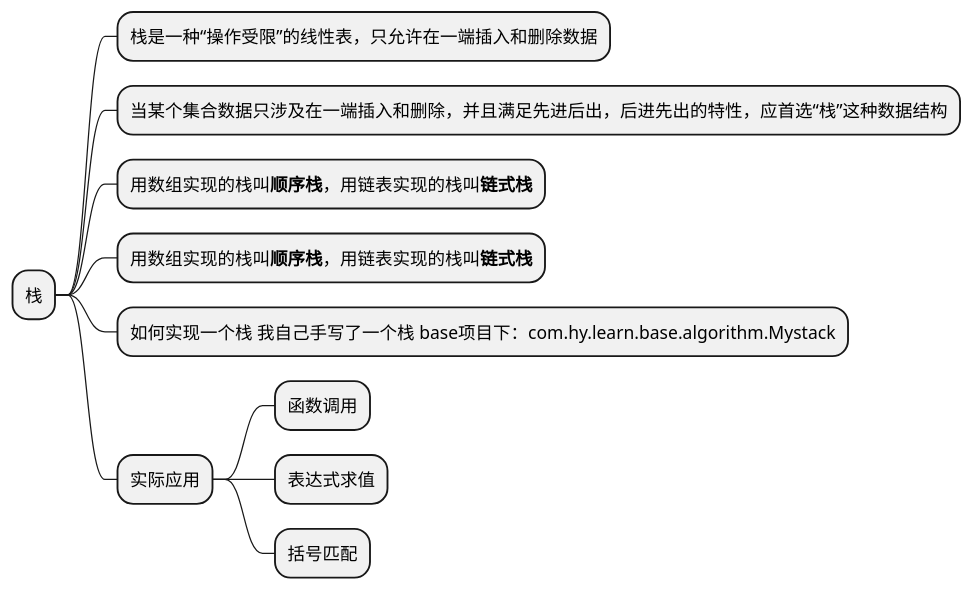
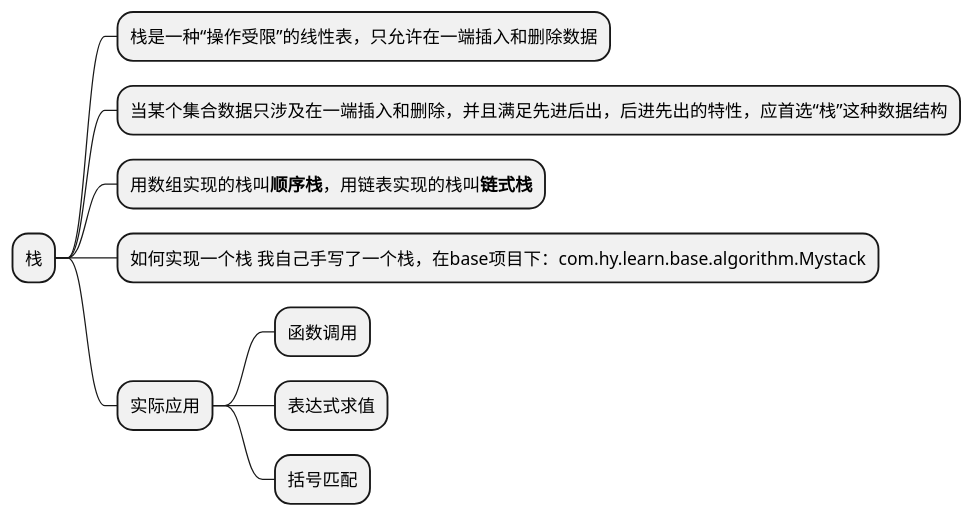
Before and after one commit to honins/java-learn: the diagram in doc/uml/08栈.puml, drawn with PlantUML. The commit also changed 3 other files, not shown here.

```diff
--- a/doc/uml/08栈.puml
+++ b/doc/uml/08栈.puml
@@ -1,13 +1,12 @@
 @startmindmap
 
 * 栈
 ** 栈是一种“操作受限”的线性表，只允许在一端插入和删除数据
 ** 当某个集合数据只涉及在一端插入和删除，并且满足先进后出，后进先出的特性，应首选“栈”这种数据结构
 ** 用数组实现的栈叫<b>顺序栈</b>，用链表实现的栈叫**链式栈**
-** 用数组实现的栈叫<b>顺序栈</b>，用链表实现的栈叫**链式栈**
-** 如何实现一个栈 我自己手写了一个栈 base项目下：com.hy.learn.base.algorithm.Mystack
+** 如何实现一个栈 我自己手写了一个栈，在base项目下：com.hy.learn.base.algorithm.Mystack
 ** 实际应用
 *** 函数调用
 *** 表达式求值
 *** 括号匹配
 @endmindmap
```
